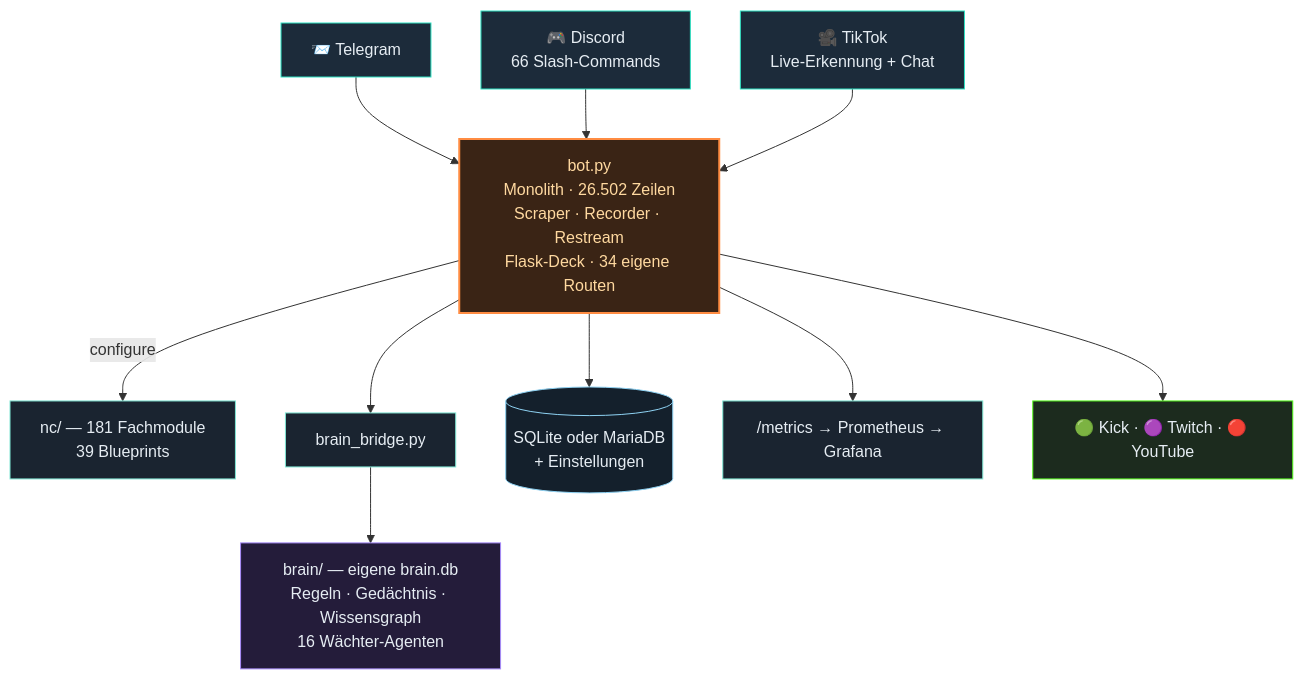
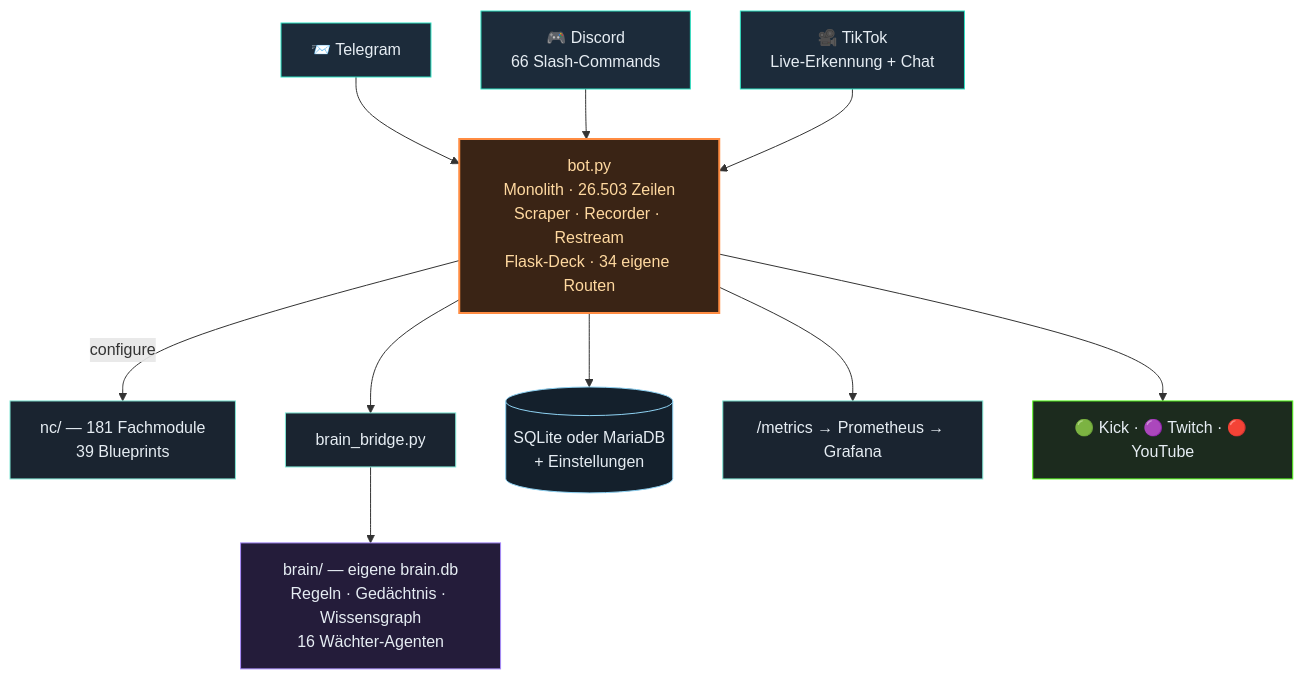
One commit to itsamemedev/Telegram-Stream-Info-Bot changed the second of 3 diagrams in README.md. Above: the diagram before and after it, drawn with Mermaid. The commit also changed other lines of this file and 8 other files, not shown here.

````diff
--- a/README.md
+++ b/README.md
@@ -118,19 +118,19 @@
 ```mermaid
 flowchart TB
     TG["📨 Telegram"]:::ein --> BOT
     DC["🎮 Discord<br/>66 Slash-Commands"]:::ein --> BOT
     TT["🎥 TikTok<br/>Live-Erkennung + Chat"]:::ein --> BOT
-    BOT["bot.py<br/>Monolith · 26.502 Zeilen<br/>Scraper · Recorder · Restream<br/>Flask-Deck · 34 eigene Routen"]:::core
+    BOT["bot.py<br/>Monolith · 26.503 Zeilen<br/>Scraper · Recorder · Restream<br/>Flask-Deck · 34 eigene Routen"]:::core
     BOT -->|configure| NC["nc/ — 181 Fachmodule<br/>39 Blueprints"]:::lib
     BOT --> BR["brain_bridge.py"]:::lib
     BR --> BRAIN["brain/ — eigene brain.db<br/>Regeln · Gedächtnis · Wissensgraph<br/>16 Wächter-Agenten"]:::brain
     BOT --> DB[("SQLite oder MariaDB<br/>+ Einstellungen")]:::db
     BOT --> PROM["/metrics → Prometheus → Grafana"]:::lib
     BOT --> OUT["🟢 Kick · 🟣 Twitch · 🔴 YouTube"]:::out
     classDef ein fill:#1c2b3a,stroke:#2de1c2,color:#e6edf3
     classDef core fill:#3a2415,stroke:#ff8c42,stroke-width:2px,color:#ffd9a0
     classDef lib fill:#1a2430,stroke:#7fe7d4,color:#e6edf3
     classDef brain fill:#241c3a,stroke:#a78bfa,color:#e6edf3
     classDef db fill:#14202c,stroke:#8fd3f4,color:#e6edf3
     classDef out fill:#1c2b1e,stroke:#53fc18,color:#e6edf3
 ```
````
